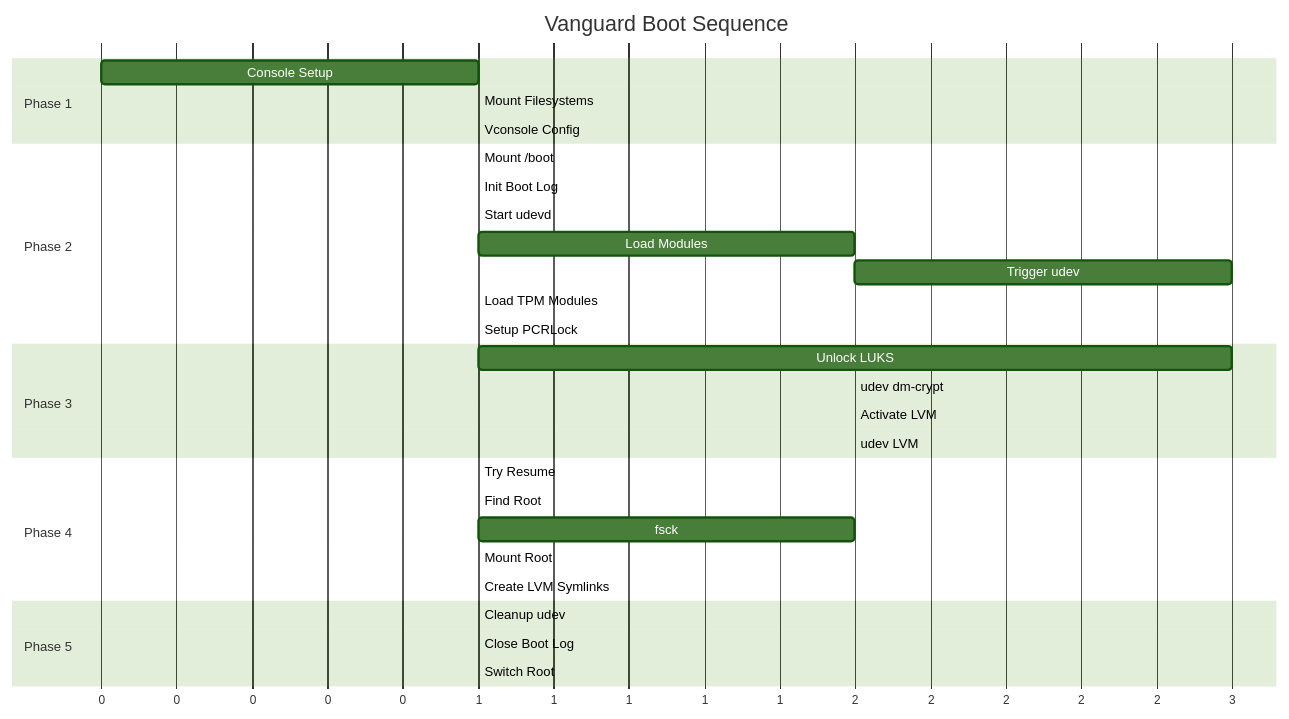
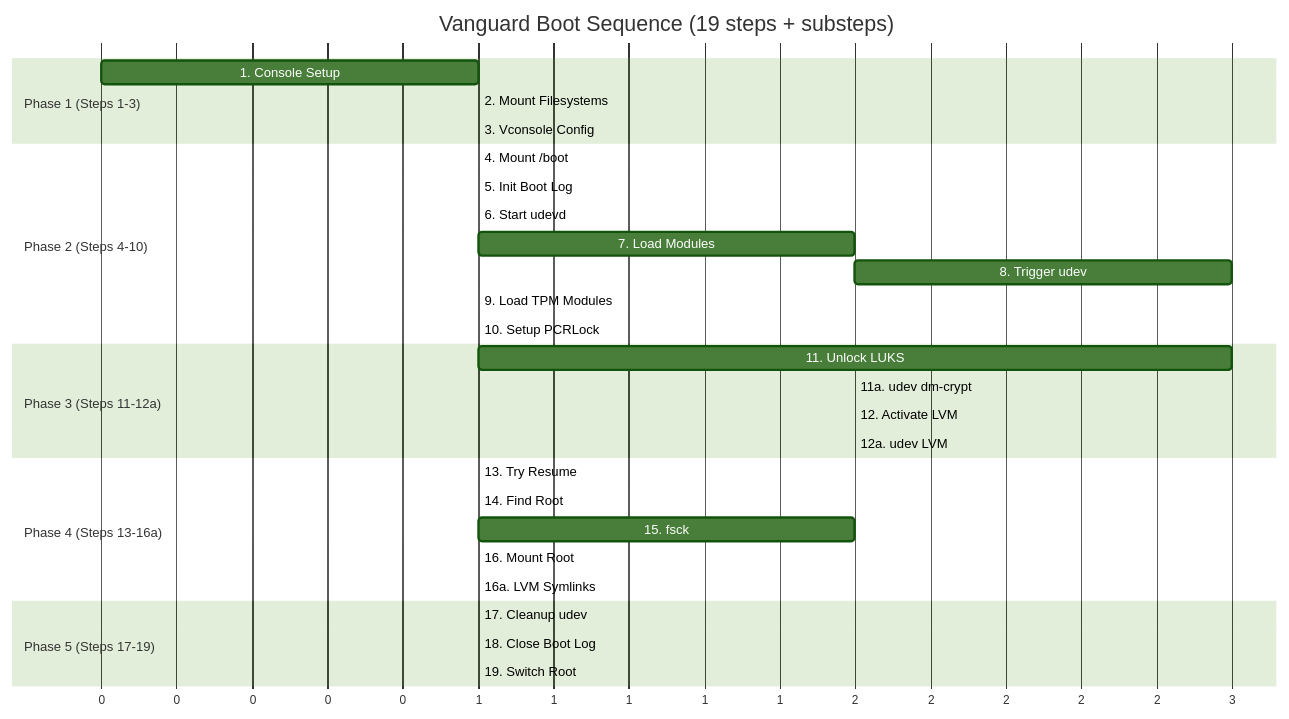
Before and after one commit to zaolin/vanguard: diagram 13 of 13 in docs/boot-flow.md, drawn with Mermaid (forest theme). The commit also changed other lines of this file and 7 other files, not shown here.

````diff
--- a/docs/boot-flow.md
+++ b/docs/boot-flow.md
@@ -350,38 +354,38 @@
 ```mermaid
 gantt
-    title Vanguard Boot Sequence
+    title Vanguard Boot Sequence (19 steps + substeps)
     dateFormat X
     axisFormat %s
-    
-    section Phase 1
-    Console Setup           :a1, 0, 1
-    Mount Filesystems       :a2, after a1, 1
-    Vconsole Config         :a3, after a2, 1
-    
-    section Phase 2
-    Mount /boot             :b1, after a3, 1
-    Init Boot Log           :b2, after b1, 1
-    Start udevd             :b3, after b2, 1
-    Load Modules            :b4, after b3, 2
-    Trigger udev            :b5, after b4, 3
-    Load TPM Modules        :b6, after b5, 1
-    Setup PCRLock           :b7, after b6, 1
-    
-    section Phase 3
-    Unlock LUKS             :c1, after b7, 3
-    udev dm-crypt           :c2, after c1, 2
-    Activate LVM            :c3, after c2, 2
-    udev LVM                :c4, after c3, 2
-    
-    section Phase 4
-    Try Resume              :d1, after c4, 1
-    Find Root               :d2, after d1, 1
-    fsck                    :d3, after d2, 2
-    Mount Root              :d4, after d3, 1
-    Create LVM Symlinks     :d5, after d4, 1
-    
-    section Phase 5
-    Cleanup udev            :e1, after d5, 1
-    Close Boot Log          :e2, after e1, 1
-    Switch Root             :e3, after e2, 1
+
+    section Phase 1 (Steps 1-3)
+    1. Console Setup        :a1, 0, 1
+    2. Mount Filesystems    :a2, after a1, 1
+    3. Vconsole Config      :a3, after a2, 1
+
+    section Phase 2 (Steps 4-10)
+    4. Mount /boot          :b1, after a3, 1
+    5. Init Boot Log        :b2, after b1, 1
+    6. Start udevd          :b3, after b2, 1
+    7. Load Modules         :b4, after b3, 2
+    8. Trigger udev         :b5, after b4, 3
+    9. Load TPM Modules     :b6, after b5, 1
+    10. Setup PCRLock       :b7, after b6, 1
+
+    section Phase 3 (Steps 11-12a)
+    11. Unlock LUKS         :c1, after b7, 3
+    11a. udev dm-crypt      :c2, after c1, 2
+    12. Activate LVM        :c3, after c2, 2
+    12a. udev LVM           :c4, after c3, 2
+
+    section Phase 4 (Steps 13-16a)
+    13. Try Resume          :d1, after c4, 1
+    14. Find Root           :d2, after d1, 1
+    15. fsck                :d3, after d2, 2
+    16. Mount Root          :d4, after d3, 1
+    16a. LVM Symlinks       :d5, after d4, 1
+
+    section Phase 5 (Steps 17-19)
+    17. Cleanup udev        :e1, after d5, 1
+    18. Close Boot Log      :e2, after e1, 1
+    19. Switch Root         :e3, after e2, 1
 ```
````
